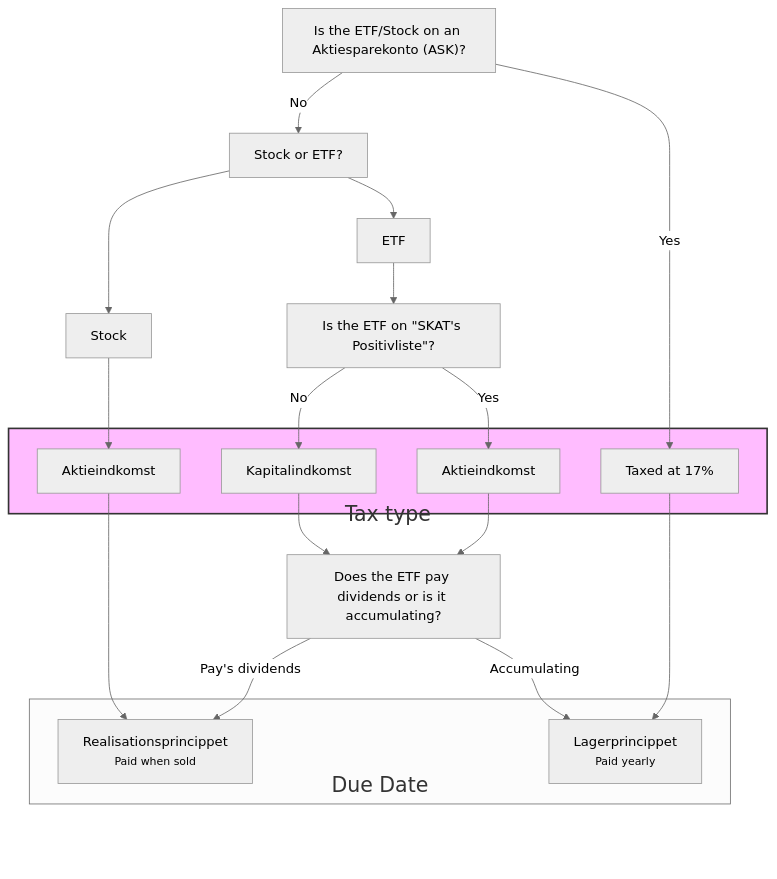
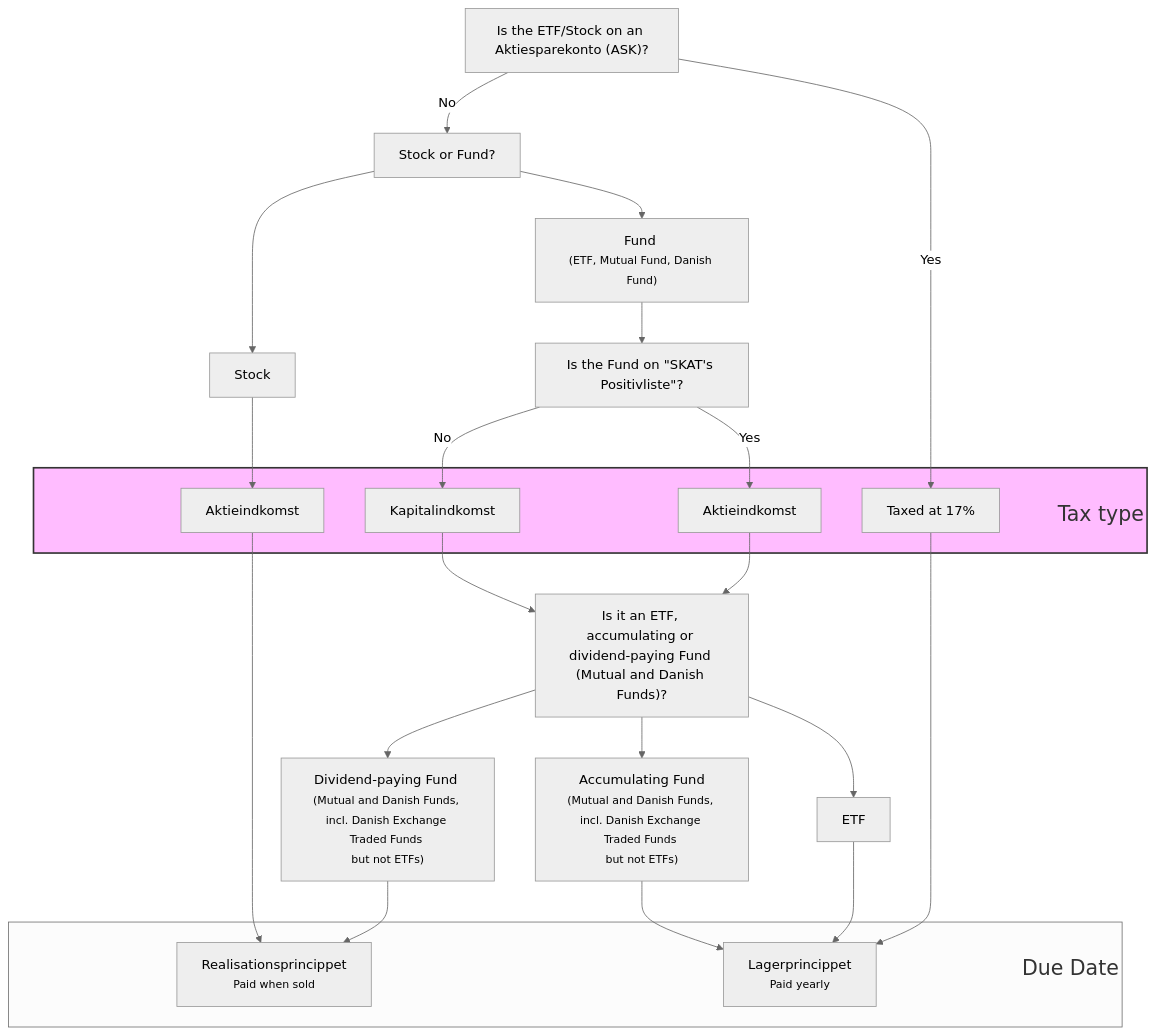
The diagram in docs/6. Taxes.md (dk-invest-101/dk-invest-101.github.io), drawn with Mermaid (neutral theme) before and after one commit. The commit also changed other lines of this file and 15 other files, not shown here.

````diff
--- a/docs/6. Taxes.md
+++ b/docs/6. Taxes.md
@@ -40,36 +41,45 @@
 ```mermaid
 flowchart TB
-    A["`Is the ETF/Stock on an Aktiesparekonto (ASK)?`"]
-    A --> |No|B["`Stock or ETF?`"]
+    A["Is the ETF/Stock on an Aktiesparekonto (ASK)?"]
     A --> |Yes|C["Taxed at 17%"]
+    A --> |No|B["Stock or Fund?"]
     B --> E["`Stock`"]
-    B --> D["`ETF`"]
-    D --> F["Is the ETF on #quot;SKAT's Positivliste#quot;?"]
+    B --> D["Fund <br/><small>(ETF, Mutual Fund, Danish Fund)</small>"]
+    D --> F["Is the Fund on #quot;SKAT's Positivliste#quot;?"]
+    F --> |Yes|H["Aktieindkomst"]
     F --> |No|G["Kapitalindkomst"]
-    F --> |Yes|H["Aktieindkomst"]
+
     E --> I["Aktieindkomst"]
 
-    subgraph X["Tax type<br/>"]
+    subgraph X["Tax type"]
+        C
         G
         H
         I
-        C
     end
 
-    G & H --> J["`Does the ETF pay dividends or is it accumulating?`"]
-    J --> |Pay's dividends|L["Realisationsprincippet<br/><small>Paid when sold</small>"]
-    J --> |Accumulating|K["Lagerprincippet<br/><small>Paid yearly</small>"]
+    L["Realisationsprincippet<br/><small>Paid when sold</small>"]
+    K["Lagerprincippet<br/><small>Paid yearly</small>"]
+I --> L
+    G & H --> Q1["Is it an ETF, accumulating or dividend-paying Fund (Mutual and Danish Funds)?"]
+    Q1 --> Q2["Accumulating Fund<br/><small>(Mutual and Danish Funds, incl. Danish Exchange Traded Funds </br>but not ETFs)</small>"]
+    Q1 --> Q3[ETF]
+    Q1 --> Q4["Dividend-paying Fund <br/><small>(Mutual and Danish Funds, incl. Danish Exchange Traded Funds </br>but not ETFs)</small>"]
+    Q2 --> K
+    Q3 --> K
+    Q4 --> L
+
     C --> K
-    I --> L
 
     subgraph Z["Due Date"]
         L
         K
     end
 
 
     style X fill:#ffbcff,stroke:#333,stroke-width:2px;
 
-    classDef title font-size:25px, text-align:right, line-height:210px;
+    classDef title font-size:25px, text-align:right, margin-right: 1350px, margin-left: 20px;
     class X,Z title;
+
 ```
````
